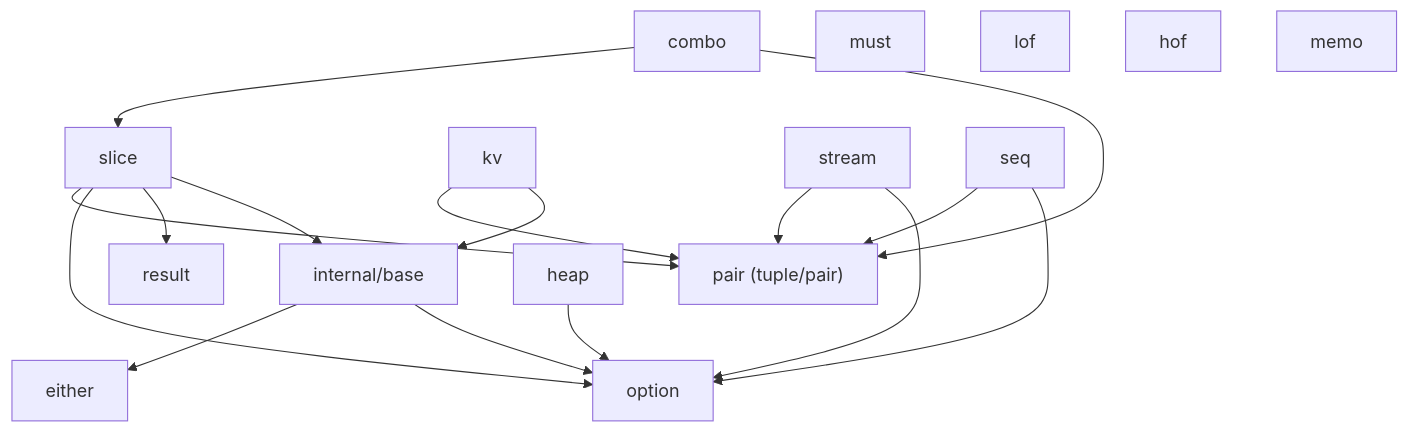
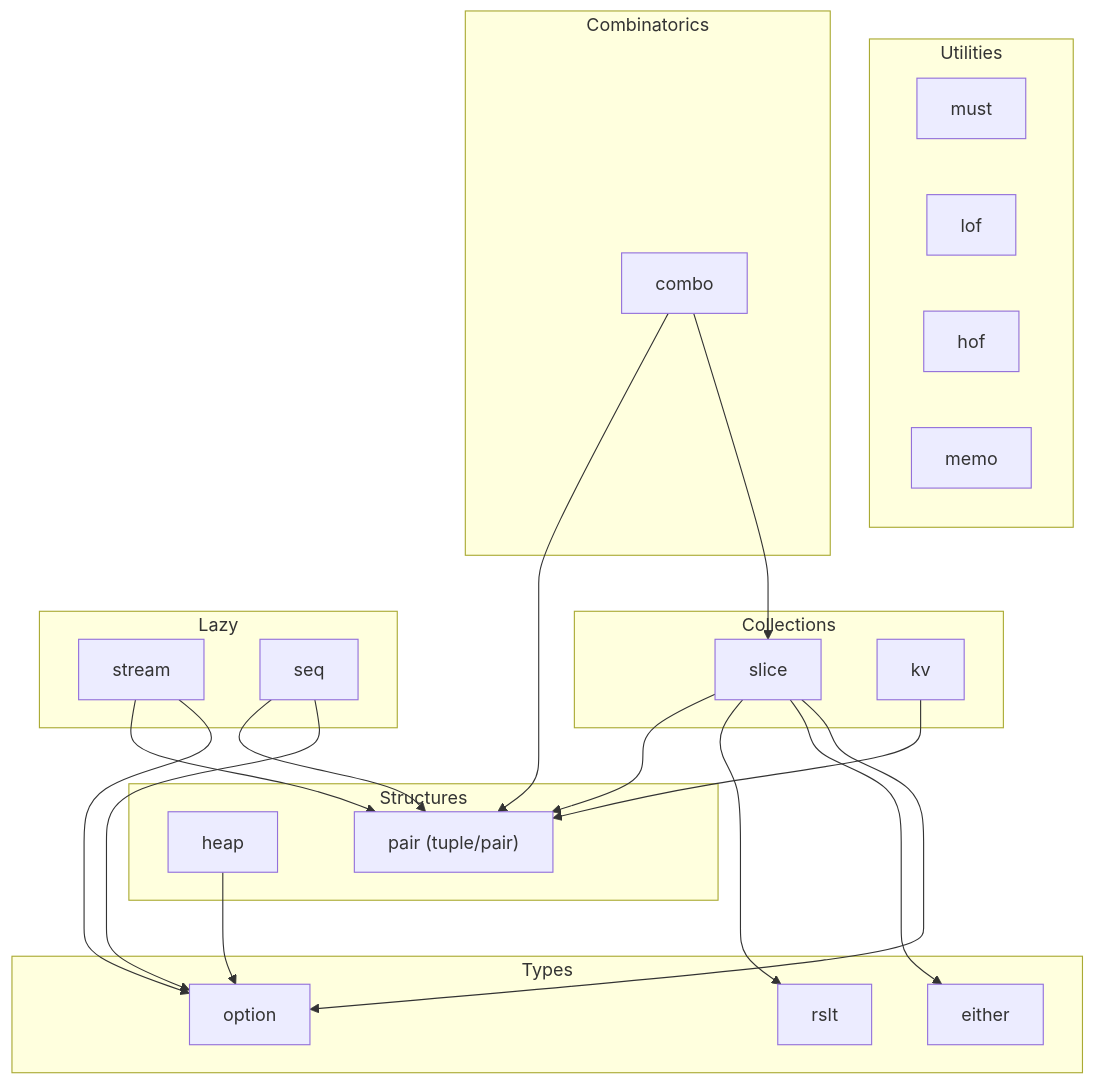
Before and after one commit to binaryphile/fluentfp: the diagram in docs/design.md, drawn with Mermaid. The commit also changed other lines of this file, not shown here.

Commit message:
docs: remove internal/base from dependency diagram, show public deps only
Diagram now groups packages by category (Collections, Lazy, Types, Structures,
Combinatorics, Utilities) and shows only public package dependencies. Prose
references to internal/base minimized to implementation notes.

````diff
--- a/docs/design.md
+++ b/docs/design.md
@@ -7,24 +7,42 @@
 ```mermaid
 flowchart TD
-    base["internal/base"] --> option
-    base --> either
-    slice --> base
-    slice --> result
+    subgraph Utilities
+        must
+        lof
+        hof
+        memo
+    end
+    subgraph Combinatorics
+        combo
+    end
+    subgraph Collections
+        slice
+        kv
+    end
+    subgraph Lazy
+        stream
+        seq
+    end
+    subgraph Structures
+        heap
+        pair["pair (tuple/pair)"]
+    end
+    subgraph Types
+        option
+        either
+        rslt
+    end
+
+    combo --> slice
+    combo --> pair
     slice --> option
+    slice --> either
+    slice --> rslt
     slice --> pair
-    kv --> base
     kv --> pair
-    result
     stream --> option
     stream --> pair
     seq --> option
     seq --> pair
     heap --> option
-    combo --> pair
-    combo --> slice
-    pair["pair (tuple/pair)"]
-    must
-    lof
-    hof
-    memo
 ```
````
